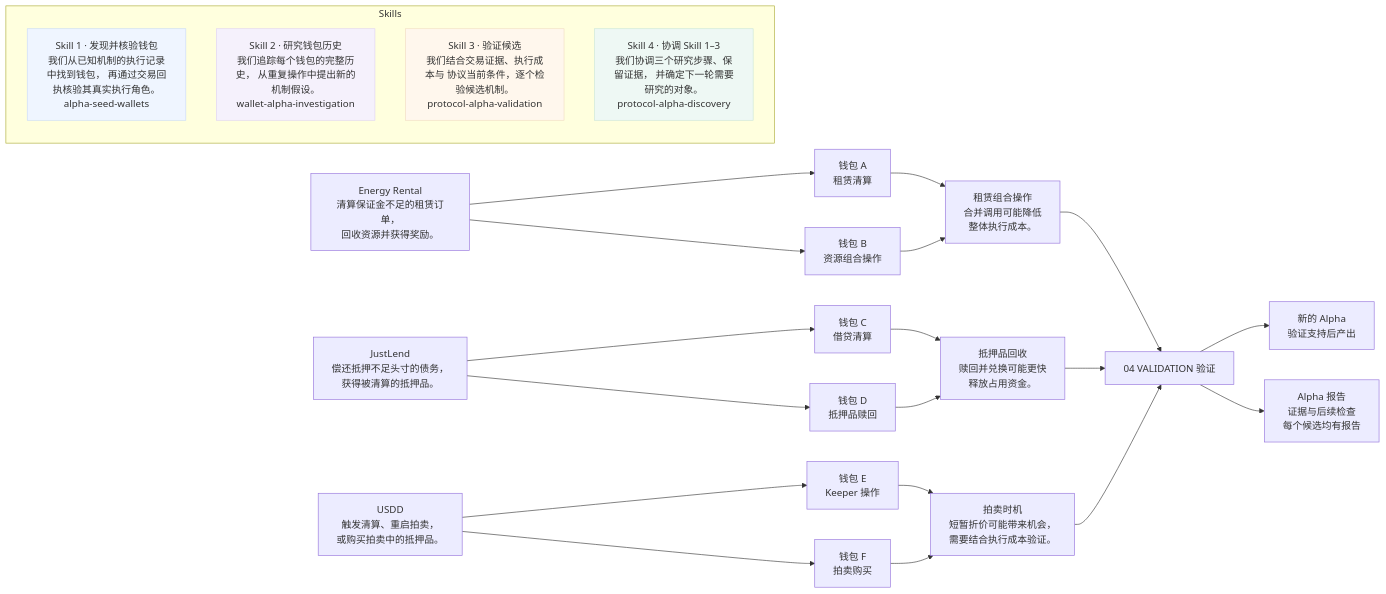
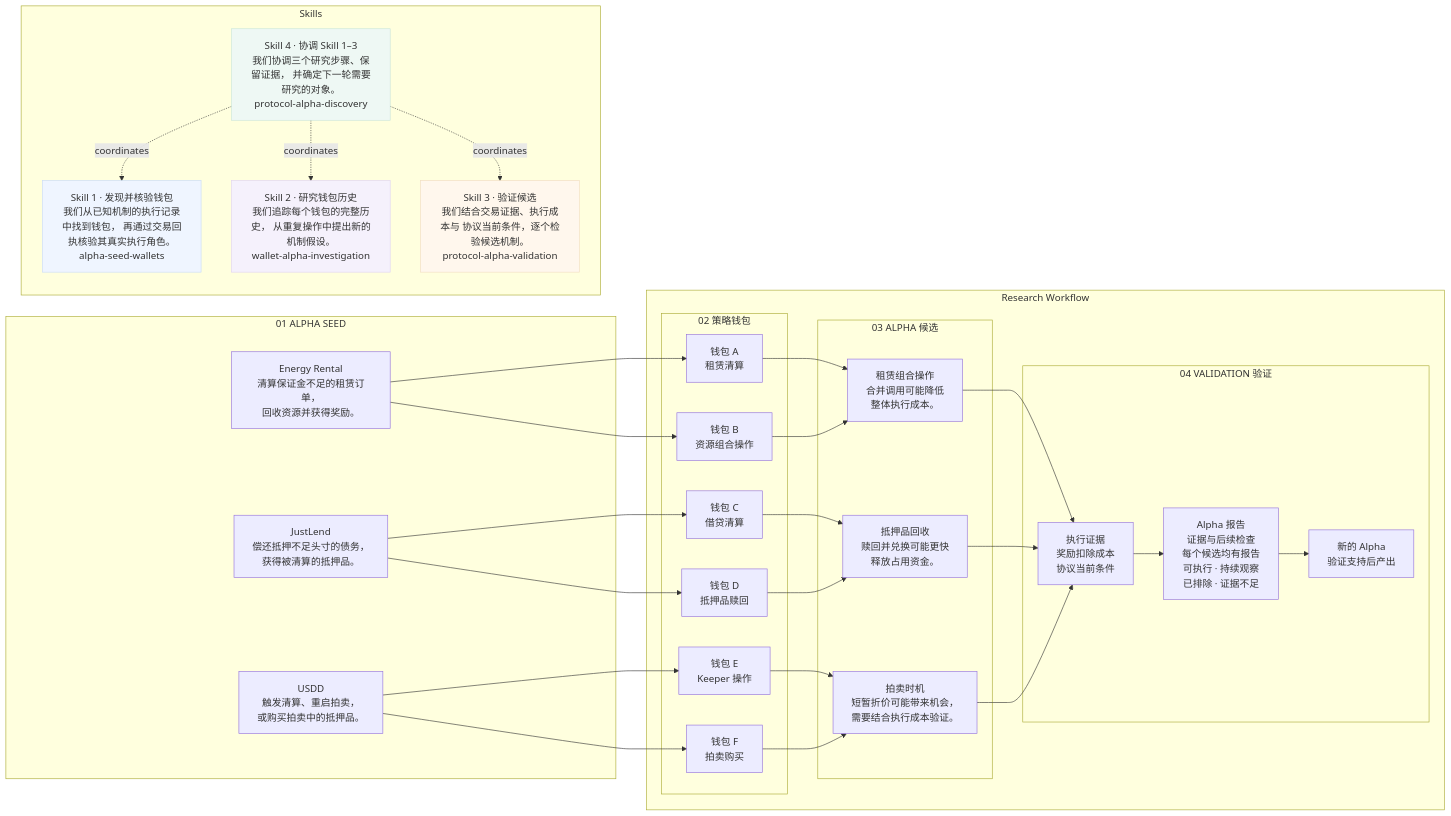
Before and after one commit to qinyh10300/protocol-alpha-finder: the diagram in docs/diagrams/system-architecture-zh-CN.mmd, drawn with Mermaid. The commit also changed 15 other files, not shown here.

Commit message:
docs: use nested research diagrams with explicit control and evidence paths

```diff
--- a/docs/diagrams/system-architecture-zh-CN.mmd
+++ b/docs/diagrams/system-architecture-zh-CN.mmd
@@ -1,44 +1,57 @@
-%% Skill labels belong below the flow in the SVG illustration.
+%% Solid lines show evidence/results; dashed lines show Skill coordination.
 flowchart LR
-    SEED0["Energy Rental<br/>清算保证金不足的租赁订单，<br/>回收资源并获得奖励。"]
-    SEED1["JustLend<br/>偿还抵押不足头寸的债务，<br/>获得被清算的抵押品。"]
-    SEED2["USDD<br/>触发清算、重启拍卖，<br/>或购买拍卖中的抵押品。"]
-    WALLET0["钱包 A<br/>租赁清算"]
-    WALLET1["钱包 B<br/>资源组合操作"]
-    WALLET2["钱包 C<br/>借贷清算"]
-    WALLET3["钱包 D<br/>抵押品赎回"]
-    WALLET4["钱包 E<br/>Keeper 操作"]
-    WALLET5["钱包 F<br/>拍卖购买"]
-    CANDIDATE0["租赁组合操作<br/>合并调用可能降低<br/>整体执行成本。"]
-    CANDIDATE1["抵押品回收<br/>赎回并兑换可能更快<br/>释放占用资金。"]
-    CANDIDATE2["拍卖时机<br/>短暂折价可能带来机会，<br/>需要结合执行成本验证。"]
+    subgraph SEEDS["01  ALPHA SEED"]
+        SEED0["Energy Rental<br/>清算保证金不足的租赁订单，<br/>回收资源并获得奖励。"]
+        SEED1["JustLend<br/>偿还抵押不足头寸的债务，<br/>获得被清算的抵押品。"]
+        SEED2["USDD<br/>触发清算、重启拍卖，<br/>或购买拍卖中的抵押品。"]
+    end
+    subgraph RESEARCH["Research Workflow"]
+    subgraph WALLETS["02  策略钱包"]
+        WALLET0["钱包 A<br/>租赁清算"]
+        WALLET1["钱包 B<br/>资源组合操作"]
+        WALLET2["钱包 C<br/>借贷清算"]
+        WALLET3["钱包 D<br/>抵押品赎回"]
+        WALLET4["钱包 E<br/>Keeper 操作"]
+        WALLET5["钱包 F<br/>拍卖购买"]
+    end
+    subgraph CANDIDATES["03  ALPHA 候选"]
+        CANDIDATE0["租赁组合操作<br/>合并调用可能降低<br/>整体执行成本。"]
+        CANDIDATE1["抵押品回收<br/>赎回并兑换可能更快<br/>释放占用资金。"]
+        CANDIDATE2["拍卖时机<br/>短暂折价可能带来机会，<br/>需要结合执行成本验证。"]
+    end
+    subgraph VALIDATE["04  VALIDATION 验证"]
+    VALIDATION["执行证据<br/>奖励扣除成本<br/>协议当前条件"]
+    NEW["新的 Alpha<br/>验证支持后产出"]
+    REPORT["Alpha 报告<br/>证据与后续检查<br/>每个候选均有报告<br/>可执行 · 持续观察<br/>已排除 · 证据不足"]
+    VALIDATION --> REPORT
+    REPORT --> NEW
+    end
+    end
     SEED0 --> WALLET0
     WALLET0 --> CANDIDATE0
     SEED0 --> WALLET1
     WALLET1 --> CANDIDATE0
     CANDIDATE0 --> VALIDATION
     SEED1 --> WALLET2
     WALLET2 --> CANDIDATE1
     SEED1 --> WALLET3
     WALLET3 --> CANDIDATE1
     CANDIDATE1 --> VALIDATION
     SEED2 --> WALLET4
     WALLET4 --> CANDIDATE2
     SEED2 --> WALLET5
     WALLET5 --> CANDIDATE2
     CANDIDATE2 --> VALIDATION
-    VALIDATION["04  VALIDATION 验证"]
-    NEW["新的 Alpha<br/>验证支持后产出"]
-    REPORT["Alpha 报告<br/>证据与后续检查<br/>每个候选均有报告"]
-    VALIDATION --> NEW
-    VALIDATION --> REPORT
     subgraph SKILLS["Skills"]
         S0["Skill 1 · 发现并核验钱包<br/>我们从已知机制的执行记录中找到钱包， 再通过交易回执核验其真实执行角色。<br/>alpha-seed-wallets"]
         S1["Skill 2 · 研究钱包历史<br/>我们追踪每个钱包的完整历史， 从重复操作中提出新的机制假设。<br/>wallet-alpha-investigation"]
         S2["Skill 3 · 验证候选<br/>我们结合交易证据、执行成本与 协议当前条件，逐个检验候选机制。<br/>protocol-alpha-validation"]
         S3["Skill 4 · 协调 Skill 1–3<br/>我们协调三个研究步骤、保留证据， 并确定下一轮需要研究的对象。<br/>protocol-alpha-discovery"]
     end
+    S3 -. coordinates .-> S0
+    S3 -. coordinates .-> S1
+    S3 -. coordinates .-> S2
     style S0 fill:#eff5ff,stroke:#c8daf8
     style S1 fill:#f5f1fc,stroke:#ded2f2
     style S2 fill:#fff7ed,stroke:#f1dcc2
     style S3 fill:#eef8f4,stroke:#c9e5d9
```
